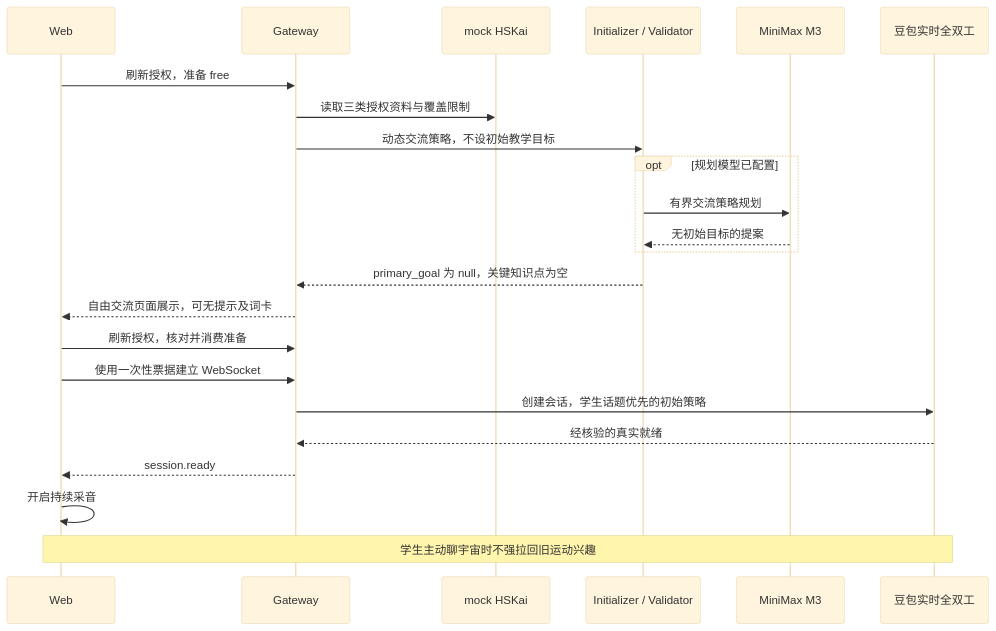
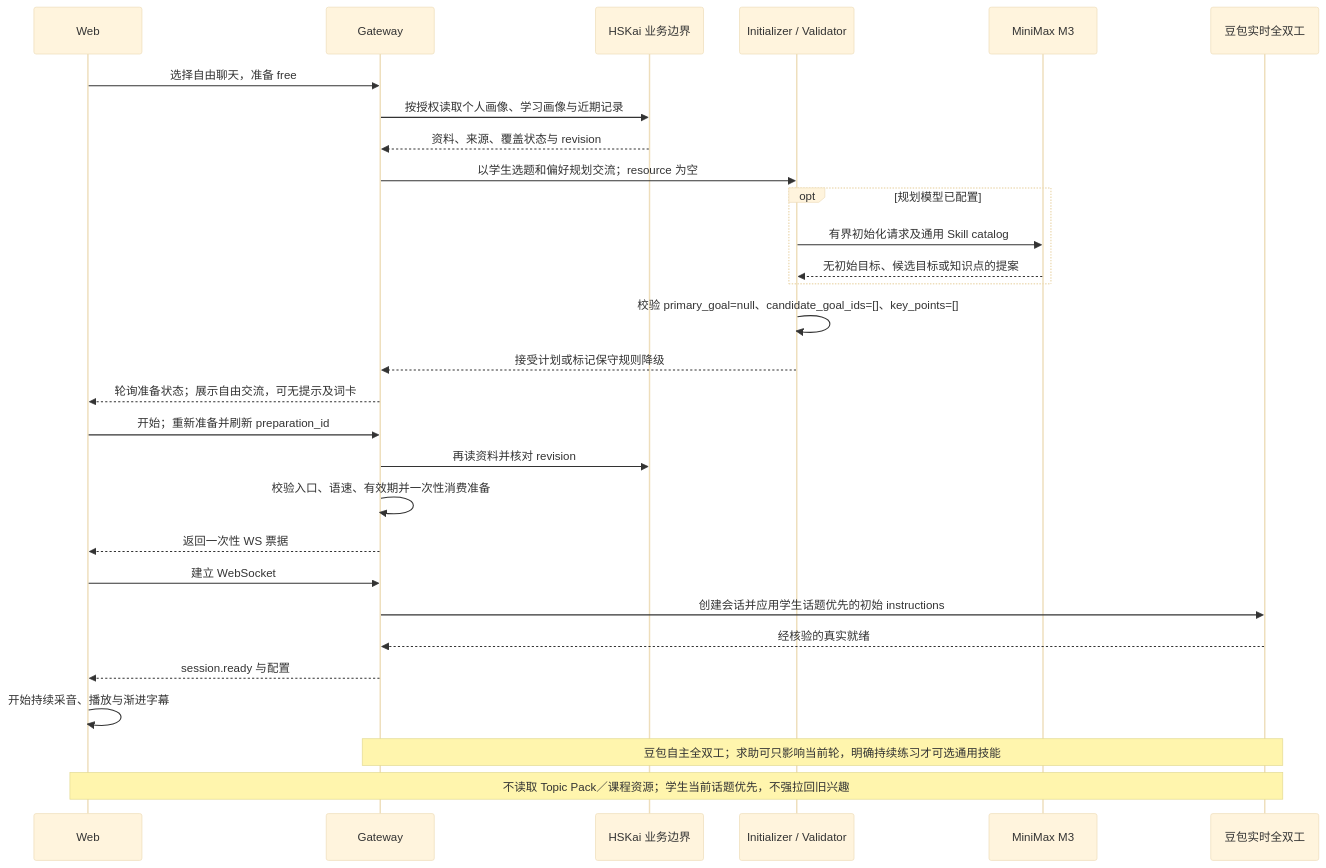
The fourth of 5 diagrams in README.md (yqhuang-cyber/ask-kai), drawn with Mermaid (base theme) before and after one commit. The commit also changed other lines of this file, not shown here.

Commit message:
docs: update free and topic chat sequences

````diff
--- a/README.md
+++ b/README.md
@@ -200,25 +208,31 @@
 ```mermaid
 sequenceDiagram
     participant W as Web
     participant G as Gateway
-    participant H as mock HSKai
+    participant H as HSKai 业务边界
     participant C as Initializer / Validator
     participant L as MiniMax M3
     participant P as 豆包实时全双工
-    W->>G: 刷新授权，准备 free
-    G->>H: 读取三类授权资料与覆盖限制
-    G->>C: 动态交流策略，不设初始教学目标
+    W->>G: 选择自由聊天，准备 free
+    G->>H: 按授权读取个人画像、学习画像与近期记录
+    H-->>G: 资料、来源、覆盖状态与 revision
+    G->>C: 以学生选题和偏好规划交流；resource 为空
     opt 规划模型已配置
-        C->>L: 有界交流策略规划
-        L-->>C: 无初始目标的提案
+        C->>L: 有界初始化请求及通用 Skill catalog
+        L-->>C: 无初始目标、候选目标或知识点的提案
     end
-    C-->>G: primary_goal 为 null，关键知识点为空
-    G-->>W: 自由交流页面展示，可无提示及词卡
-    W->>G: 刷新授权，核对并消费准备
-    W->>G: 使用一次性票据建立 WebSocket
-    G->>P: 创建会话，学生话题优先的初始策略
+    C->>C: 校验 primary_goal=null、candidate_goal_ids=[]、key_points=[]
+    C-->>G: 接受计划或标记保守规则降级
+    G-->>W: 轮询准备状态；展示自由交流，可无提示及词卡
+    W->>G: 开始；重新准备并刷新 preparation_id
+    G->>H: 再读资料并核对 revision
+    G->>G: 校验入口、语速、有效期并一次性消费准备
+    G-->>W: 返回一次性 WS 票据
+    W->>G: 建立 WebSocket
+    G->>P: 创建会话并应用学生话题优先的初始 instructions
     P-->>G: 经核验的真实就绪
-    G-->>W: session.ready
-    W->>W: 开启持续采音
-    Note over W,P: 学生主动聊宇宙时不强拉回旧运动兴趣
+    G-->>W: session.ready 与配置
+    W->>W: 开始持续采音、播放与渐进字幕
+    Note over G,P: 豆包自主全双工；求助可只影响当前轮，明确持续练习才可选通用技能
+    Note over W,P: 不读取 Topic Pack／课程资源；学生当前话题优先，不强拉回旧兴趣
 ```
````
